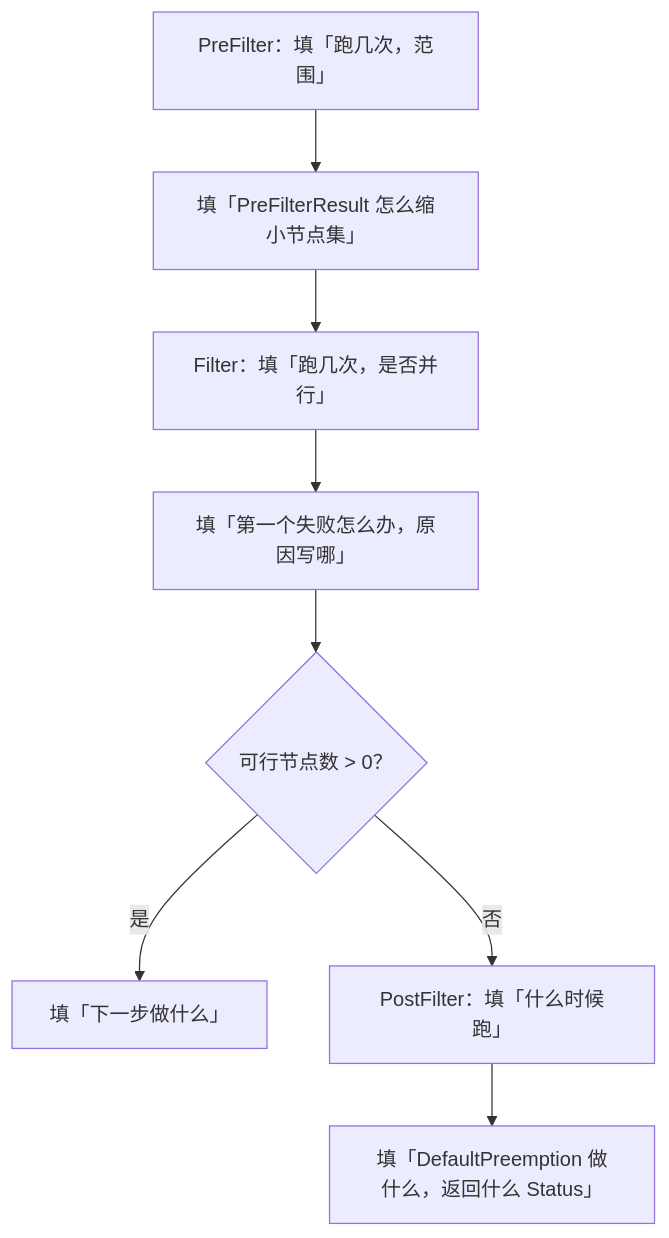
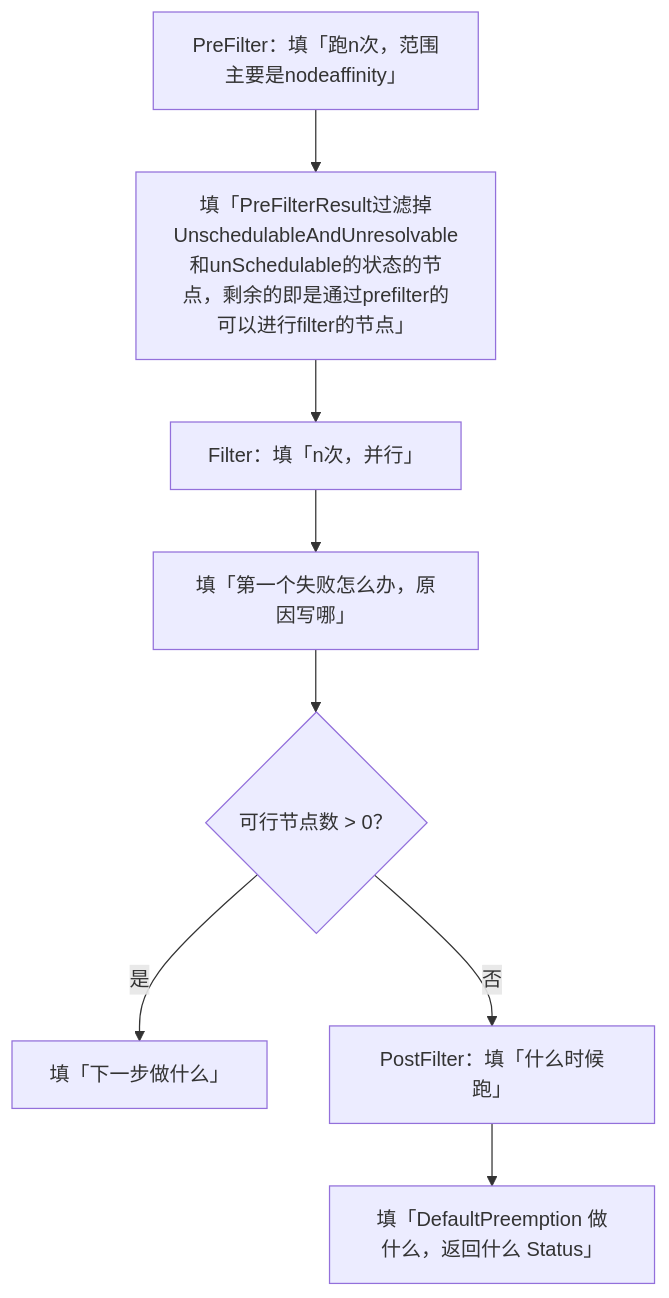
The fourth of 6 diagrams in docs/worksheet-T1-1-flowchart.md (664182893/scheduler), drawn with Mermaid before and after one commit. The commit also changed other lines of this file, not shown here.

````diff
--- a/docs/worksheet-T1-1-flowchart.md
+++ b/docs/worksheet-T1-1-flowchart.md
@@ -54,10 +54,10 @@
 ```mermaid
 graph TD
-  P["PreFilter：填「跑几次，范围」"] --> P1["填「PreFilterResult 怎么缩小节点集」"]
-  P1 --> F["Filter：填「跑几次，是否并行」"]
+  P["PreFilter：填「跑n次，范围主要是nodeaffinity」"] --> P1["填「PreFilterResult过滤掉UnschedulableAndUnresolvable和unSchedulable的状态的节点，剩余的即是通过prefilter的可以进行filter的节点」"]
+  P1 --> F["Filter：填「n次，并行」"]
   F --> F1["填「第一个失败怎么办，原因写哪」"]
   F1 --> G{"可行节点数 > 0？"}
   G -->|"是"| S["填「下一步做什么」"]
   G -->|"否"| PF["PostFilter：填「什么时候跑」"]
   PF --> PF1["填「DefaultPreemption 做什么，返回什么 Status」"]
 ```
````
